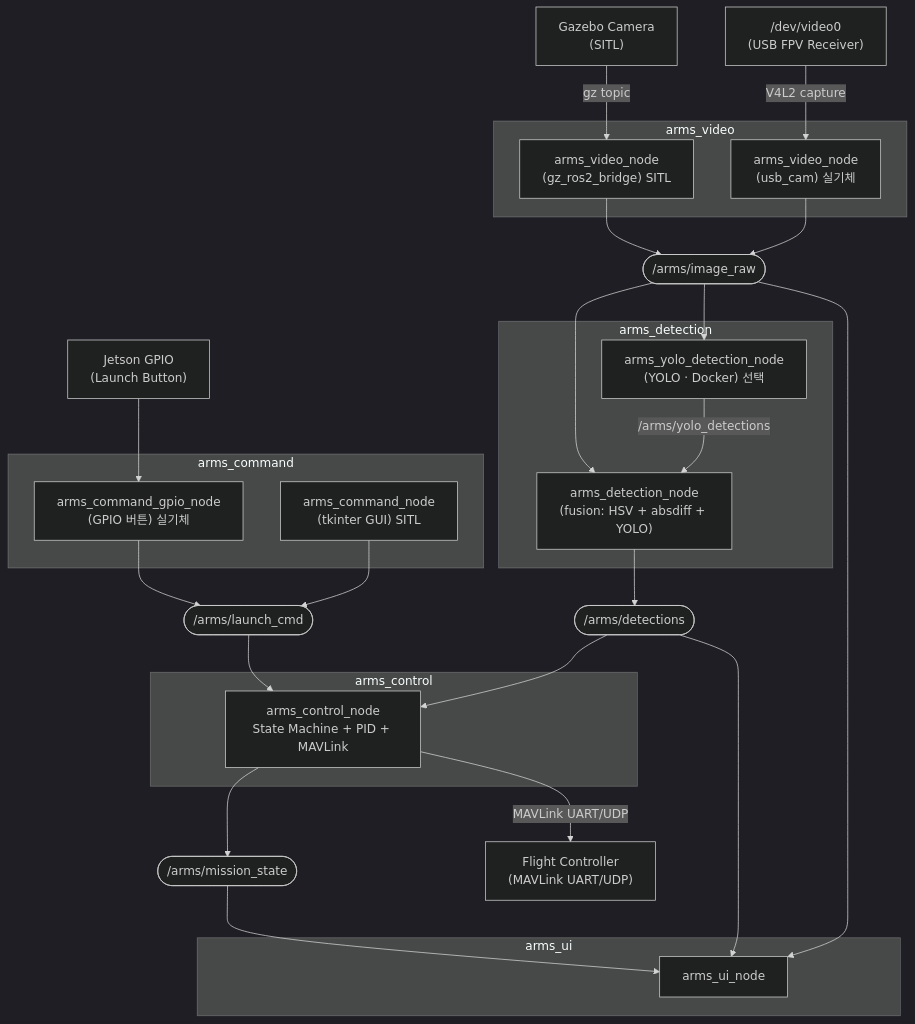
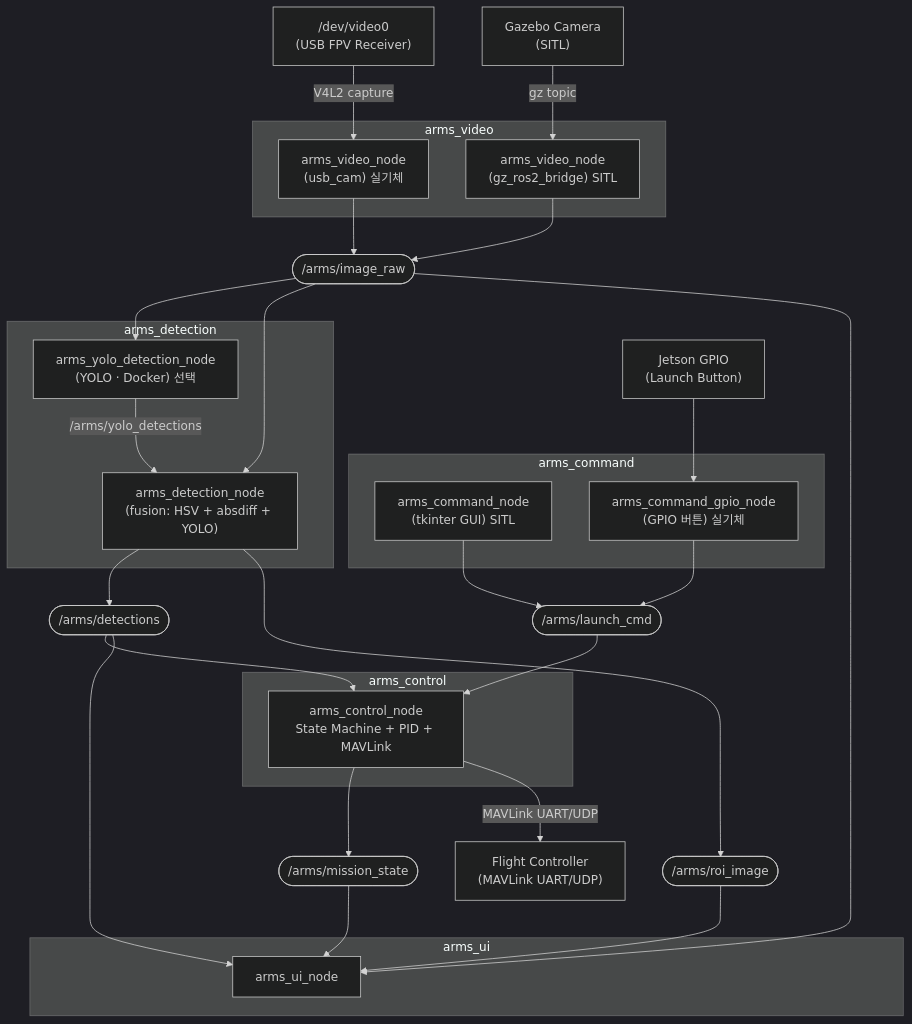
One commit to tokhun2002/A.R.M.S.-Anti-drone-Reusable-Modular-System- changed the first of 3 diagrams in SW/docs/DESIGN.md. Above: the diagram before and after it, drawn with Mermaid (dark theme). The commit also changed other lines of this file and 1 other file, not shown here.

Commit message:
feat: add roi in arms_ui

````diff
--- a/SW/docs/DESIGN.md
+++ b/SW/docs/DESIGN.md
@@ -59,56 +59,59 @@
 ```mermaid
 graph TD
     V4L2["/dev/video0<br/>(USB FPV Receiver)"]
     GAZEBO["Gazebo Camera<br/>(SITL)"]
     GPIO["Jetson GPIO<br/>(Launch Button)"]
 
     subgraph arms_video ["arms_video"]
         VN_REAL["arms_video_node<br/>(usb_cam) 실기체"]
         VN_SITL["arms_video_node<br/>(gz_ros2_bridge) SITL"]
     end
 
     IMAGE(["/arms/image_raw"])
 
     subgraph arms_detection ["arms_detection"]
         DN_YOLO["arms_yolo_detection_node<br/>(YOLO · Docker) 선택"]
         DN_FUSION["arms_detection_node<br/>(fusion: HSV + absdiff + YOLO)"]
         DN_YOLO -->|/arms/yolo_detections| DN_FUSION
     end
 
     subgraph arms_command ["arms_command"]
         CMD_GUI["arms_command_node<br/>(tkinter GUI) SITL"]
         CMD_GPIO["arms_command_gpio_node<br/>(GPIO 버튼) 실기체"]
     end
 
     DETECTIONS(["/arms/detections"])
+    ROI_IMAGE(["/arms/roi_image"])
     LAUNCH_CMD(["/arms/launch_cmd"])
     MISSION_STATE(["/arms/mission_state"])
 
     subgraph arms_control ["arms_control"]
         CN["arms_control_node<br/>State Machine + PID + MAVLink"]
     end
 
     subgraph arms_ui ["arms_ui"]
         UN["arms_ui_node"]
     end
 
     FC["Flight Controller<br/>(MAVLink UART/UDP)"]
 
     V4L2 -->|V4L2 capture| VN_REAL
     GAZEBO -->|gz topic| VN_SITL
     GPIO --> CMD_GPIO
     VN_REAL --> IMAGE
     VN_SITL --> IMAGE
     IMAGE --> DN_YOLO
     IMAGE --> DN_FUSION
     IMAGE --> UN
     DN_FUSION --> DETECTIONS
+    DN_FUSION --> ROI_IMAGE
     DETECTIONS --> CN
     DETECTIONS --> UN
+    ROI_IMAGE --> UN
     CMD_GUI --> LAUNCH_CMD
     CMD_GPIO --> LAUNCH_CMD
     LAUNCH_CMD --> CN
     CN --> MISSION_STATE
     MISSION_STATE --> UN
     CN -->|MAVLink UART/UDP| FC
 ```
````
